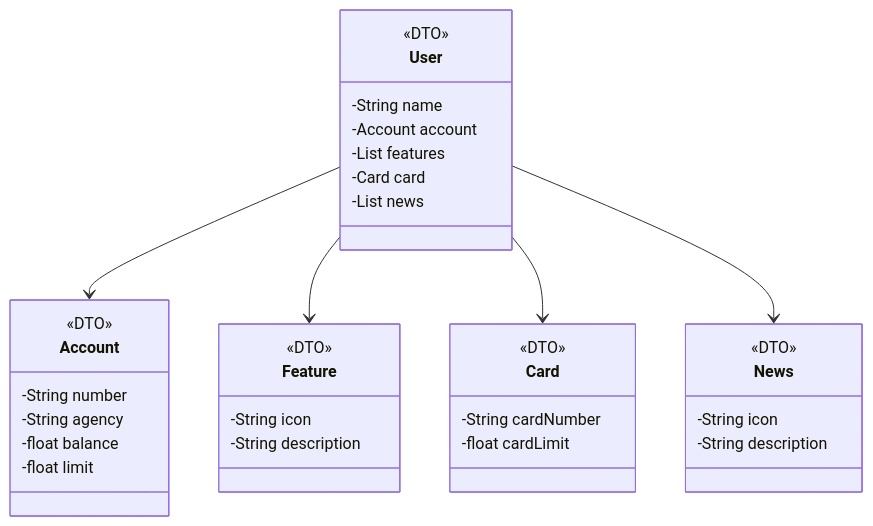
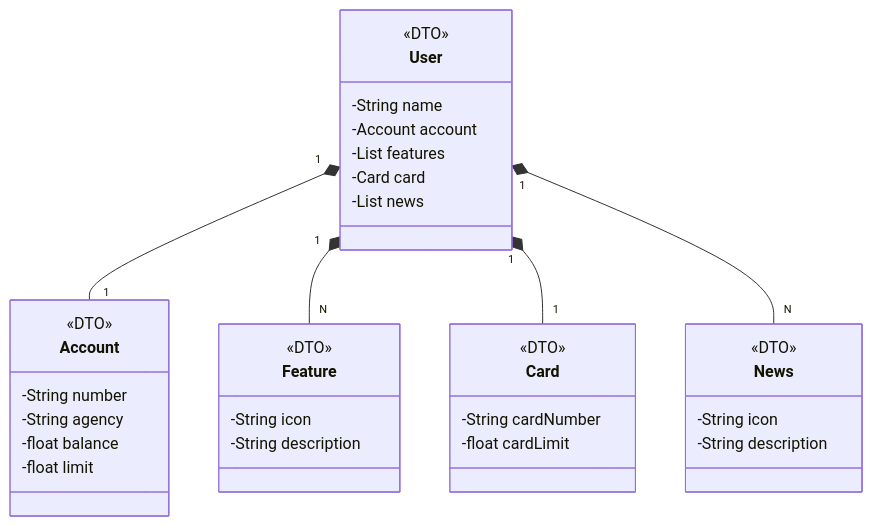
The diagram in README.md (oGuilhermeViana/test), drawn with Mermaid before and after one commit.

````diff
--- a/README.md
+++ b/README.md
@@ -3,43 +3,43 @@
 ```mermaid
 classDiagram
     class User {
         <<DTO>>
         -String name
         -Account account
         -List<Feature> features
         -Card card
         -List<News> news
     }
     
     class Account {
         <<DTO>>
         -String number
         -String agency
         -float balance
         -float limit
     }
     
     class Feature {
         <<DTO>>
         -String icon
         -String description
     }
     
     class Card {
         <<DTO>>
         -String cardNumber
         -float cardLimit
     }
     
     class News {
         <<DTO>>
         -String icon
         -String description
     }
     
-    User --> Account
-    User --> Feature
-    User --> Card
-    User --> News
+    User "1" *-- "1" Account
+    User "1" *-- "N" Feature
+    User "1" *-- "1" Card
+    User "1" *-- "N" News
 
 ```
````
